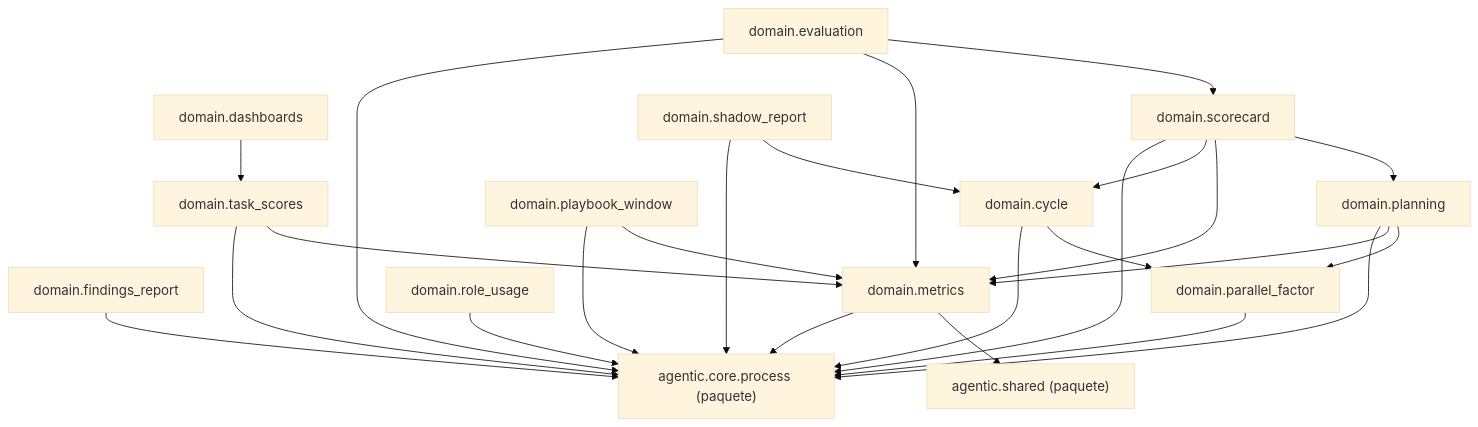
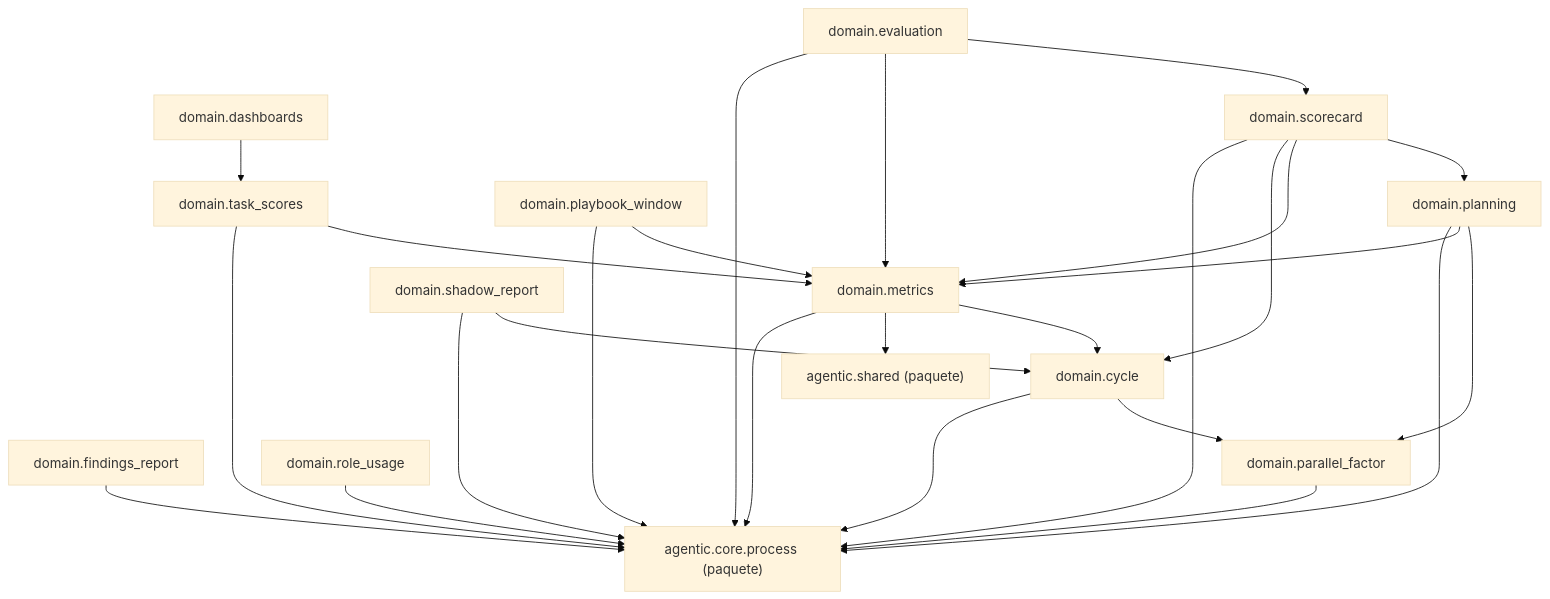
The diagram in docs/architecture/generated/packages-measurement-domain.md (GonzaloZevallos/agentic-system), drawn with Mermaid (base theme) before and after one commit. The commit also changed 2 other files, not shown here.

Commit message:
Regenerate architecture pages for the report types

````diff
--- a/docs/architecture/generated/packages-measurement-domain.md
+++ b/docs/architecture/generated/packages-measurement-domain.md
@@ -8,41 +8,42 @@
 ```mermaid
 graph TD
     g_pkg__agentic__core__process["agentic.core.process (paquete)"]
     g_pkg__agentic__shared["agentic.shared (paquete)"]
     m_domain__cycle["domain.cycle"]
     m_domain__dashboards["domain.dashboards"]
     m_domain__evaluation["domain.evaluation"]
     m_domain__findings_report["domain.findings_report"]
     m_domain__metrics["domain.metrics"]
     m_domain__parallel_factor["domain.parallel_factor"]
     m_domain__planning["domain.planning"]
     m_domain__playbook_window["domain.playbook_window"]
     m_domain__role_usage["domain.role_usage"]
     m_domain__scorecard["domain.scorecard"]
     m_domain__shadow_report["domain.shadow_report"]
     m_domain__task_scores["domain.task_scores"]
     m_domain__cycle --> g_pkg__agentic__core__process
     m_domain__cycle --> m_domain__parallel_factor
     m_domain__dashboards --> m_domain__task_scores
     m_domain__evaluation --> g_pkg__agentic__core__process
     m_domain__evaluation --> m_domain__metrics
     m_domain__evaluation --> m_domain__scorecard
     m_domain__findings_report --> g_pkg__agentic__core__process
     m_domain__metrics --> g_pkg__agentic__core__process
     m_domain__metrics --> g_pkg__agentic__shared
+    m_domain__metrics --> m_domain__cycle
     m_domain__parallel_factor --> g_pkg__agentic__core__process
     m_domain__planning --> g_pkg__agentic__core__process
     m_domain__planning --> m_domain__metrics
     m_domain__planning --> m_domain__parallel_factor
     m_domain__playbook_window --> g_pkg__agentic__core__process
     m_domain__playbook_window --> m_domain__metrics
     m_domain__role_usage --> g_pkg__agentic__core__process
     m_domain__scorecard --> g_pkg__agentic__core__process
     m_domain__scorecard --> m_domain__cycle
     m_domain__scorecard --> m_domain__metrics
     m_domain__scorecard --> m_domain__planning
     m_domain__shadow_report --> g_pkg__agentic__core__process
     m_domain__shadow_report --> m_domain__cycle
     m_domain__task_scores --> g_pkg__agentic__core__process
     m_domain__task_scores --> m_domain__metrics
 ```
````
